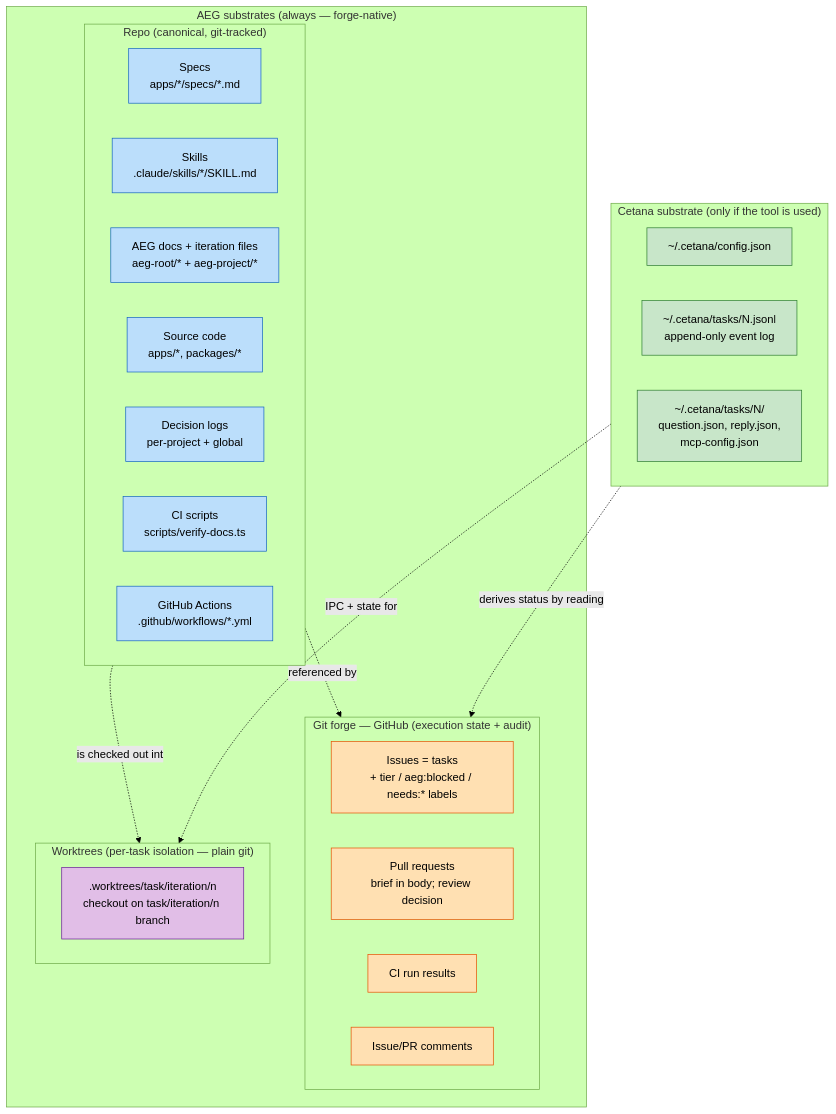
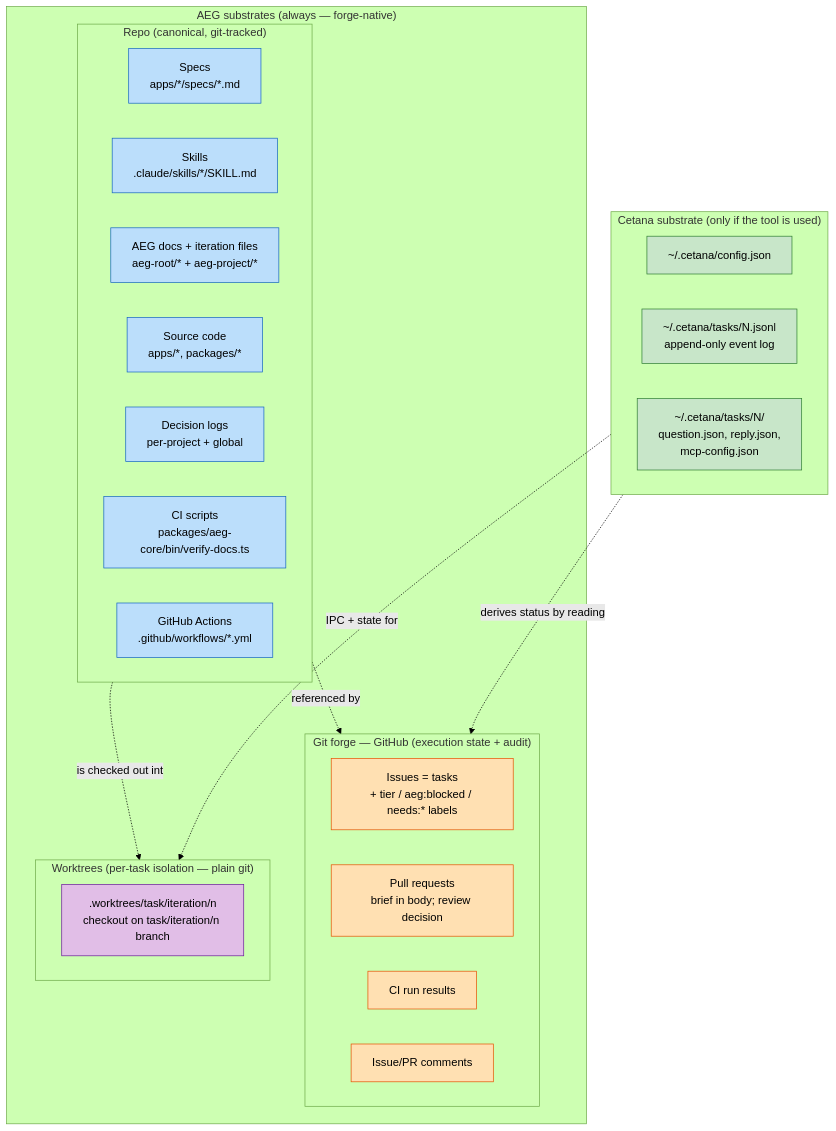
Before and after one commit to atta-labs/attalabs: the first of 8 diagrams in aeg-root/diagrams/system-architecture.md, drawn with Mermaid (forest theme). The commit also changed other lines of this file and 16 other files, not shown here.

````diff
--- a/aeg-root/diagrams/system-architecture.md
+++ b/aeg-root/diagrams/system-architecture.md
@@ -22,44 +22,44 @@
 ```mermaid
 flowchart TB
     subgraph AEG["AEG substrates (always — forge-native)"]
         subgraph Repo["Repo (canonical, git-tracked)"]
             Specs[Specs<br/>apps/*/specs/*.md]
             Skills[Skills<br/>.claude/skills/*/SKILL.md]
             PMDocs[AEG docs + iteration files<br/>aeg-root/* + aeg-project/*]
             Code[Source code<br/>apps/*, packages/*]
             DecLogs[Decision logs<br/>per-project + global]
-            Scripts[CI scripts<br/>scripts/verify-docs.ts]
+            Scripts[CI scripts<br/>packages/aeg-core/bin/verify-docs.ts]
             Workflows[GitHub Actions<br/>.github/workflows/*.yml]
         end
         subgraph GitHub["Git forge — GitHub (execution state + audit)"]
             Issues[Issues = tasks<br/>+ tier / aeg:blocked / needs:* labels]
             PRs[Pull requests<br/>brief in body; review decision]
             CIRuns[CI run results]
             Comments[Issue/PR comments]
         end
         subgraph Worktrees["Worktrees (per-task isolation — plain git)"]
             WT[.worktrees/task/iteration/n<br/>checkout on task/iteration/n branch]
         end
     end
 
     subgraph Cetana["Cetana substrate (only if the tool is used)"]
         Config[~/.cetana/config.json]
         TaskLogs[~/.cetana/tasks/N.jsonl<br/>append-only event log]
         TaskDirs[~/.cetana/tasks/N/<br/>question.json, reply.json,<br/>mcp-config.json]
     end
 
     Repo -.is checked out into.-> Worktrees
     Repo -.referenced by.-> GitHub
     Cetana -.IPC + state for.-> Worktrees
     Cetana -.derives status by reading.-> GitHub
 
     classDef repoNode fill:#bbdefb,stroke:#1565c0,color:#000
     classDef githubNode fill:#ffe0b2,stroke:#e65100,color:#000
     classDef localNode fill:#c8e6c9,stroke:#2e7d32,color:#000
     classDef worktreeNode fill:#e1bee7,stroke:#6a1b9a,color:#000
 
     class Specs,Skills,PMDocs,Code,DecLogs,Scripts,Workflows repoNode
     class Issues,PRs,CIRuns,Comments githubNode
     class Config,TaskLogs,TaskDirs localNode
     class WT worktreeNode
 ```
````
